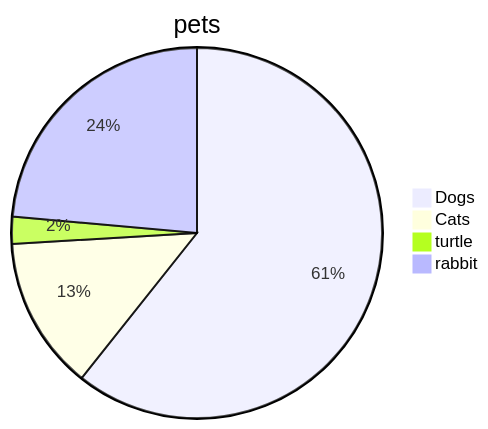
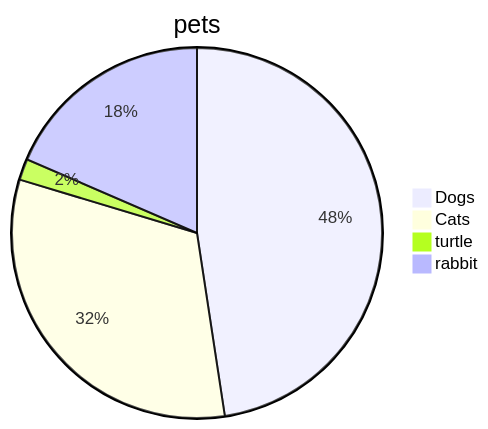
Before and after one commit to ikarabag1/entity-relationship-diagrams: the second of 2 diagrams in README.md, drawn with Mermaid.

````diff
--- a/README.md
+++ b/README.md
@@ -13,7 +13,7 @@
 ```mermaid
 pie title pets
     "Dogs" : 386
-    "Cats" : 85
+    "Cats" : 260
     "turtle" : 15
     "rabbit" : 150
 ```
````
